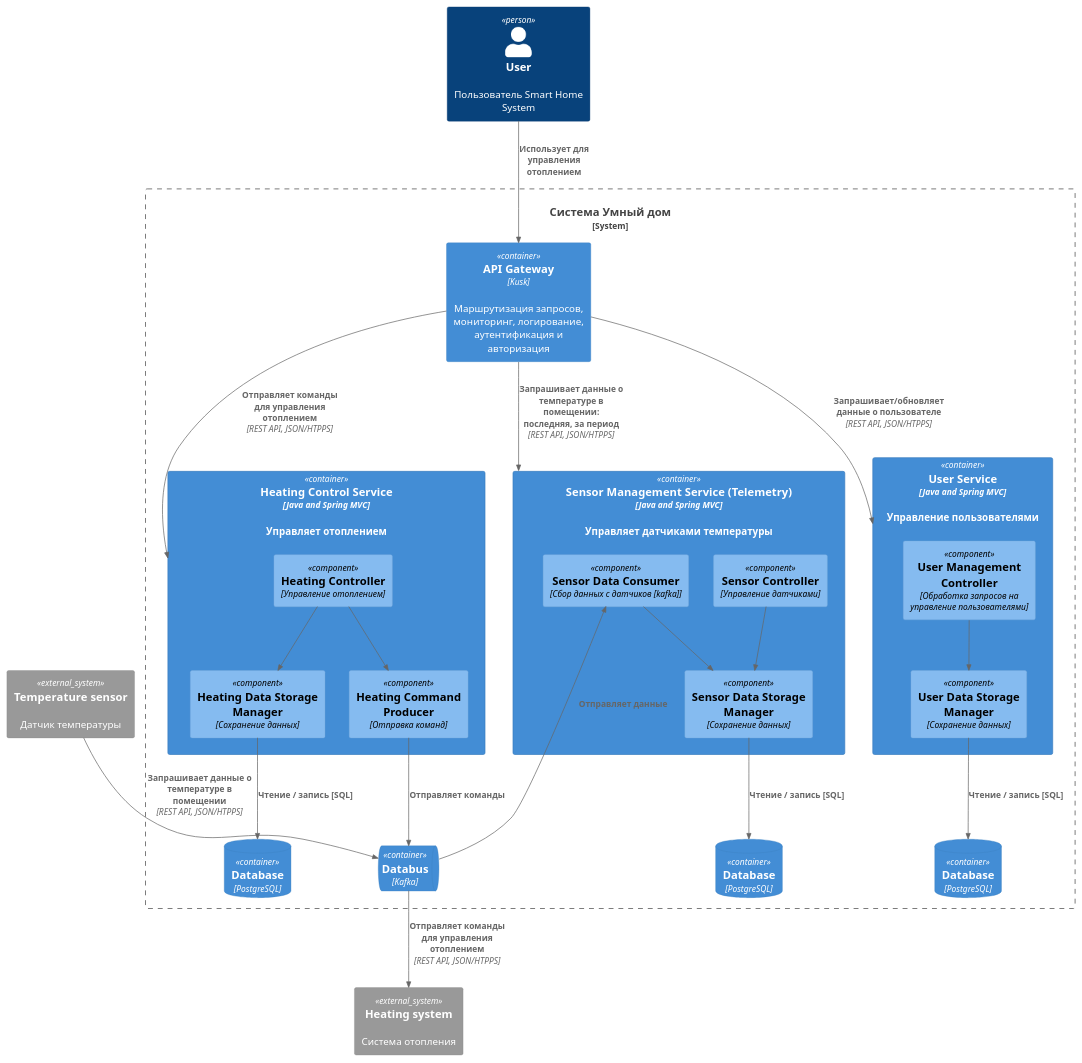
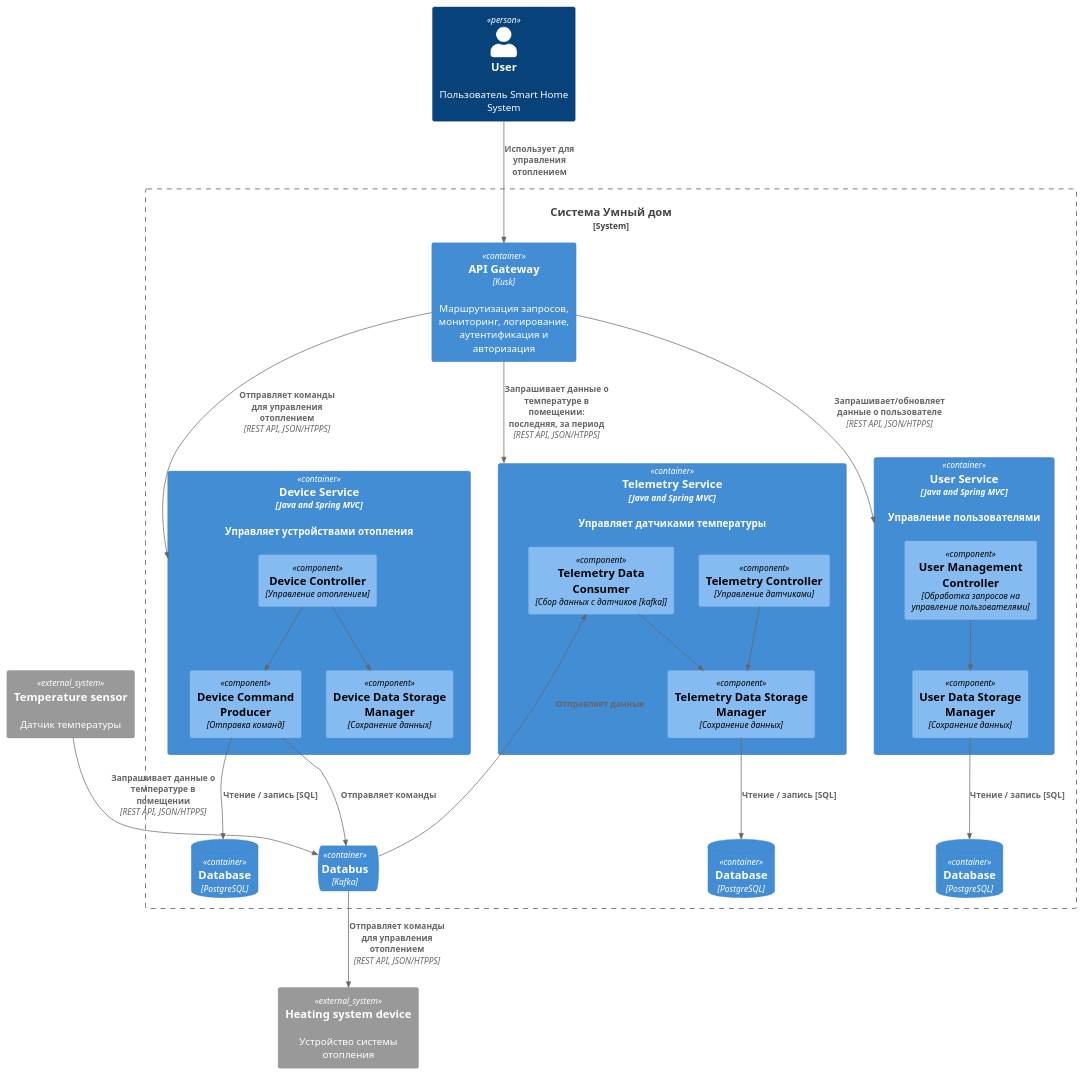
Before and after one commit to lgalkina/architecture-sprint-3: the diagram in diagrams/component.puml, drawn with PlantUML. The commit also changed 55 other files, not shown here.

```diff
--- a/diagrams/component.puml
+++ b/diagrams/component.puml
@@ -1,56 +1,56 @@
 @startuml
 
 !include https://raw.githubusercontent.com/plantuml-stdlib/C4-PlantUML/master/C4_Container.puml
 !include https://raw.githubusercontent.com/RicardoNiepel/C4-PlantUML/master/C4_Component.puml
 
 Person(user, "User", "Пользователь Smart Home System")
 System_Boundary(system, "Система Умный дом") {
     Container(apiGateway, "АPI Gateway", "Kusk", "Маршрутизация запросов, мониторинг, логирование, аутентификация и авторизация")
 
-    Container(heating_control, "Heating Control Service", "Java and Spring MVC", "Управляет отоплением") {
-        Component(heating_controller, "Heating Controller", "Управление отоплением")
-        Component(heating_command_producer, "Heating Command Producer", "Отправка команд")
-        Component(heating_storage_manager, "Heating Data Storage Manager", "Сохранение данных")
-        Rel(heating_controller, heating_command_producer, "")
-        Rel(heating_controller, heating_storage_manager, "")
+    Container(device_control, "Device Service", "Java and Spring MVC", "Управляет устройствами отопления") {
+        Component(device_controller, "Device Controller", "Управление отоплением")
+        Component(device_command_producer, "Device Command Producer", "Отправка команд")
+        Component(device_storage_manager, "Device Data Storage Manager", "Сохранение данных")
+        Rel(device_controller, device_command_producer, "")
+        Rel(device_controller, device_storage_manager, "")
     }
 
-    Container(sensor_management, "Sensor Management Service (Telemetry)", "Java and Spring MVC", "Управляет датчиками температуры") {
-        Component(sensor_controller, "Sensor Controller", "Управление датчиками")
-        Component(sensor_storage_manager, "Sensor Data Storage Manager", "Сохранение данных")
-        Component(sensor_data_consumer, "Sensor Data Consumer", "Сбор данных с датчиков [kafka]")
-        Rel(sensor_controller, sensor_storage_manager, "")
-        Rel(sensor_data_consumer, sensor_storage_manager, "")
+    Container(telemetry_management, "Telemetry Service", "Java and Spring MVC", "Управляет датчиками температуры") {
+        Component(telemetry_controller, "Telemetry Controller", "Управление датчиками")
+        Component(telemetry_storage_manager, "Telemetry Data Storage Manager", "Сохранение данных")
+        Component(telemetry_data_consumer, "Telemetry Data Consumer", "Сбор данных с датчиков [kafka]")
+        Rel(telemetry_controller, telemetry_storage_manager, "")
+        Rel(telemetry_data_consumer, telemetry_storage_manager, "")
     }
 
     Container(user_management, "User Service", "Java and Spring MVC", "Управление пользователями") {
         Component(user_controller, "User Management Controller", "Обработка запросов на управление пользователями")
         Component(user_storage_manager, "User Data Storage Manager", "Сохранение данных")
         Rel(user_controller, user_storage_manager, "")
     }
 
-    ContainerDb(heating_control_db, "Database", "PostgreSQL")
-    ContainerDb(sensor_management_db, "Database", "PostgreSQL")
+    ContainerDb(device_control_db, "Database", "PostgreSQL")
+    ContainerDb(telemetry_management_db, "Database", "PostgreSQL")
     ContainerDb(user_db, "Database", "PostgreSQL")
     ContainerQueue(kafka, "Databus", "Kafka")
 
-    Rel(apiGateway, heating_control, "Отправляет команды для управления отоплением", "REST API, JSON/HTPPS")
-    Rel(apiGateway, sensor_management, "Запрашивает данные о температуре в помещении: последняя, за период", "REST API, JSON/HTPPS")
+    Rel(apiGateway, device_control, "Отправляет команды для управления отоплением", "REST API, JSON/HTPPS")
+    Rel(apiGateway, telemetry_management, "Запрашивает данные о температуре в помещении: последняя, за период", "REST API, JSON/HTPPS")
     Rel(apiGateway, user_management, "Запрашивает/обновляет данные о пользователе", "REST API, JSON/HTPPS")
 
-    Rel(heating_command_producer, kafka, "Отправляет команды")
-    Rel_L(kafka, sensor_data_consumer, "Отправляет данные")
+    Rel(device_command_producer, kafka, "Отправляет команды")
+    Rel_L(kafka, telemetry_data_consumer, "Отправляет данные")
 
-    Rel(heating_storage_manager, heating_control_db, "Чтение / запись [SQL]")
-    Rel(sensor_storage_manager, sensor_management_db, "Чтение / запись [SQL]")
+    Rel(device_command_producer, device_control_db, "Чтение / запись [SQL]")
+    Rel(telemetry_storage_manager, telemetry_management_db, "Чтение / запись [SQL]")
     Rel(user_storage_manager, user_db, "Чтение / запись [SQL]")
 }
 
-System_Ext(heating_system, "Heating system", "Система отопления")
+System_Ext(heating_system_device, "Heating system device", "Устройство системы отопления")
 System_Ext(temperature_sensor, "Temperature sensor", "Датчик температуры")
 
-Rel(kafka, heating_system, "Отправляет команды для управления отоплением", "REST API, JSON/HTPPS")
+Rel(kafka, heating_system_device, "Отправляет команды для управления отоплением", "REST API, JSON/HTPPS")
 Rel(temperature_sensor, kafka, "Запрашивает данные о температуре в помещении", "REST API, JSON/HTPPS")
 Rel(user, apiGateway, "Использует для управления отоплением")
 
 @enduml
```
